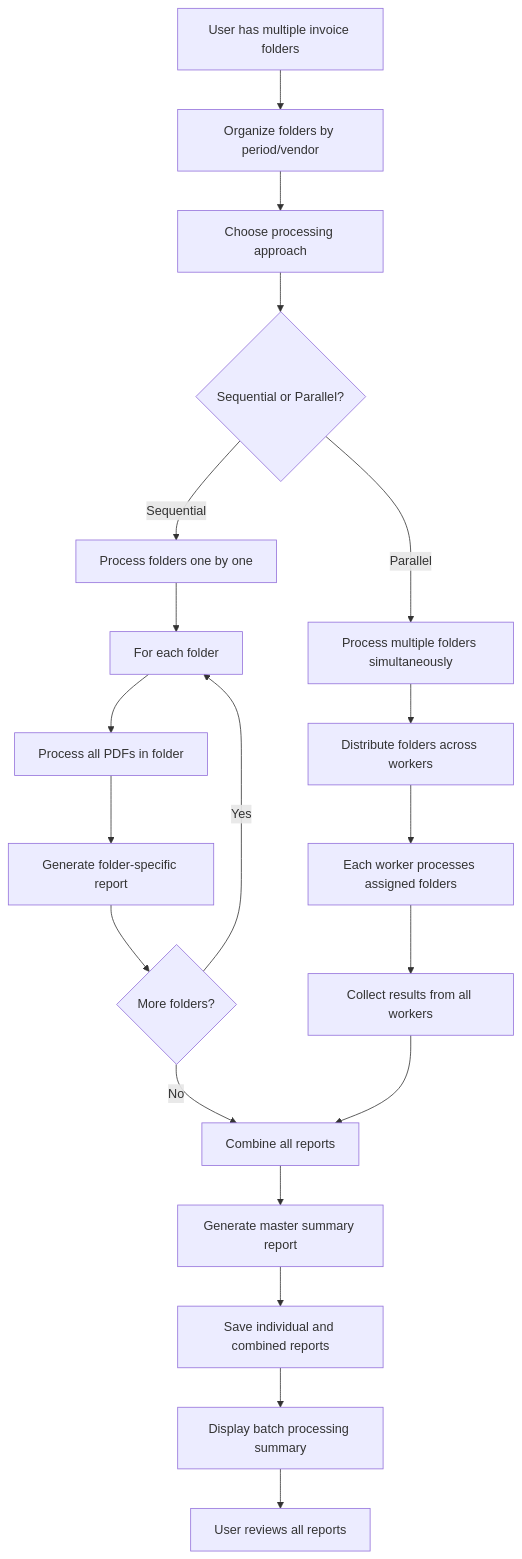
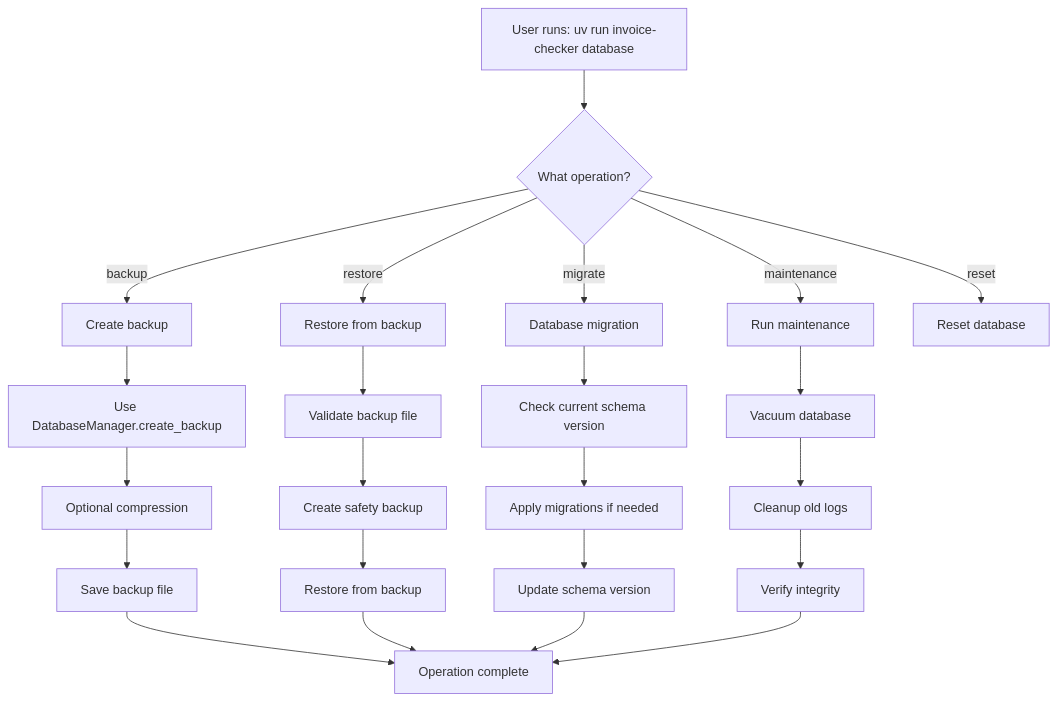
One commit to Nuosis/invoice_line_cost_detection changed the fourth of 7 diagrams in docs/USER_FLOWS.md. Above: the diagram before and after it, drawn with Mermaid. The commit also changed other lines of this file and 71 other files, not shown here.

````diff
--- a/docs/USER_FLOWS.md
+++ b/docs/USER_FLOWS.md
@@ -152,26 +139,30 @@
 ```mermaid
 flowchart TD
-    A[User has multiple invoice folders] --> B[Organize folders by period/vendor]
-    B --> C[Choose processing approach]
-    C --> D{Sequential or Parallel?}
+    A[User runs: uv run invoice-checker database] --> B{What operation?}
     
-    D -->|Sequential| E[Process folders one by one]
-    D -->|Parallel| F[Process multiple folders simultaneously]
+    B -->|backup| C[Create backup]
+    B -->|restore| D[Restore from backup]
+    B -->|migrate| E[Database migration]
+    B -->|maintenance| F[Run maintenance]
+    B -->|reset| G[Reset database]
     
-    E --> E1[For each folder]
-    E1 --> E2[Process all PDFs in folder]
-    E2 --> E3[Generate folder-specific report]
-    E3 --> E4{More folders?}
-    E4 -->|Yes| E1
-    E4 -->|No| G[Combine all reports]
+    C --> C1[Use DatabaseManager.create_backup]
+    C1 --> C2[Optional compression]
+    C2 --> C3[Save backup file]
+    C3 --> H[Operation complete]
     
-    F --> F1[Distribute folders across workers]
-    F1 --> F2[Each worker processes assigned folders]
-    F2 --> F3[Collect results from all workers]
-    F3 --> G
+    D --> D1[Validate backup file]
+    D1 --> D2[Create safety backup]
+    D2 --> D3[Restore from backup]
+    D3 --> H
     
-    G --> H[Generate master summary report]
-    H --> I[Save individual and combined reports]
-    I --> J[Display batch processing summary]
-    J --> K[User reviews all reports]
+    E --> E1[Check current schema version]
+    E1 --> E2[Apply migrations if needed]
+    E2 --> E3[Update schema version]
+    E3 --> H
+    
+    F --> F1[Vacuum database]
+    F1 --> F2[Cleanup old logs]
+    F2 --> F3[Verify integrity]
+    F3 --> H
 ```
````
